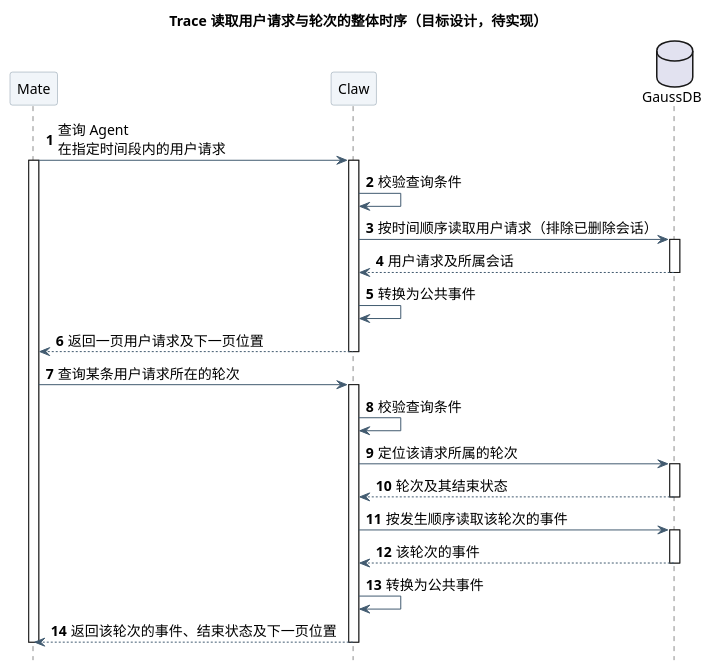
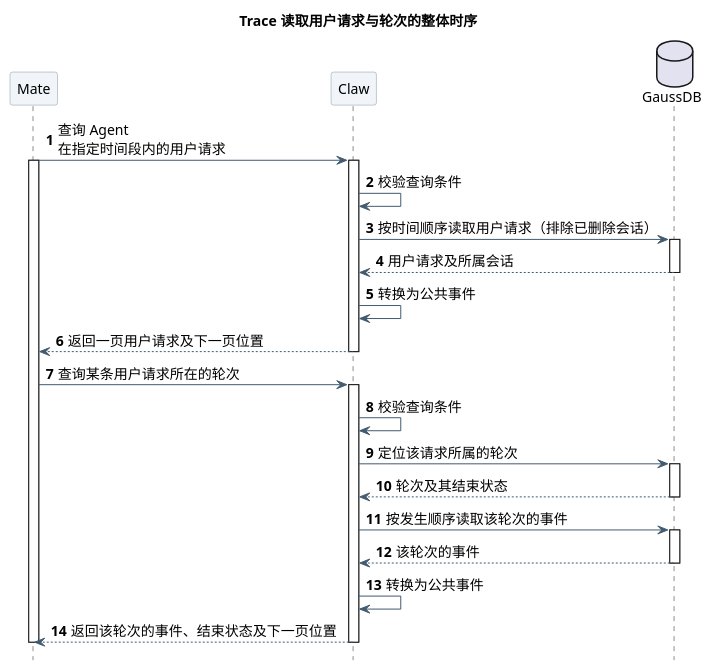
One commit to ssm0808/pi-mono-java-design changed the first of 3 diagrams in 01-总体架构/01-CampusClaw多Agent运行时/设计图/Agent用户事件查询/diagram.puml. Above: the diagram before and after it, drawn with PlantUML. The commit also changed 1 other file, not shown here.

Commit message:
去掉整体时序图标题中的状态标注
Claude-Session: https://claude.ai/code/session_01Wu29NrsHcW6DbUskW4wtUB

```diff
--- a/01-总体架构/01-CampusClaw多Agent运行时/设计图/Agent用户事件查询/diagram.puml
+++ b/01-总体架构/01-CampusClaw多Agent运行时/设计图/Agent用户事件查询/diagram.puml
@@ -1,52 +1,52 @@
 @startuml agent_user_events_overview
 ' 源码证据：pi-mono-java main 769e86592285f4a25b0febaf551eddea6bc7212c
 ' modules/coding-agent-cli/src/main/java/com/campusclaw/codingagent/runtimeapi/
 ' web/RuntimeEventController.java:list
 ' event/CommittedEventQueryService.java:list,pageOf
 ' event/CommittedEventProjection.java:project
 ' persistence/MyBatisRuntimeExecutionControlRepository.java:linkCommittedEvent
 ' 已观察行为：事件只能按单个 Session 读取；轮次以根执行和结果段关联的形式存在。
 ' 设计原因：服务级视图，只画 Mate、Claw 与 GaussDB 之间的交互；Claw 内部分层见详细时序与类图。
 ' 待实现：两个读取接口和事件表 agent_id 索引。
 skinparam backgroundColor white
 skinparam defaultFontName SansSerif
 skinparam defaultFontSize 14
 skinparam shadowing false
 skinparam ArrowColor #425B70
 skinparam sequenceParticipantBackgroundColor #F1F5F9
 skinparam sequenceParticipantBorderColor #8496A4
 skinparam sequenceMessageAlign left
 skinparam maxMessageSize 190
 hide footbox
 autonumber
-title Trace 读取用户请求与轮次的整体时序（目标设计，待实现）
+title Trace 读取用户请求与轮次的整体时序
 participant "Mate" as Mate
 participant "Claw" as Claw
 database "GaussDB" as DB
 Mate -> Claw : 查询 Agent 在指定时间段内的用户请求
 activate Mate
 activate Claw
 Claw -> Claw : 校验查询条件
 Claw -> DB : 按时间顺序读取用户请求（排除已删除会话）
 activate DB
 DB --> Claw : 用户请求及所属会话
 deactivate DB
 Claw -> Claw : 转换为公共事件
 Claw --> Mate : 返回一页用户请求及下一页位置
 deactivate Claw
 Mate -> Claw : 查询某条用户请求所在的轮次
 activate Claw
 Claw -> Claw : 校验查询条件
 Claw -> DB : 定位该请求所属的轮次
 activate DB
 DB --> Claw : 轮次及其结束状态
 deactivate DB
 Claw -> DB : 按发生顺序读取该轮次的事件
 activate DB
 DB --> Claw : 该轮次的事件
 deactivate DB
 Claw -> Claw : 转换为公共事件
 Claw --> Mate : 返回该轮次的事件、结束状态及下一页位置
 deactivate Claw
 deactivate Mate
 @enduml
```
